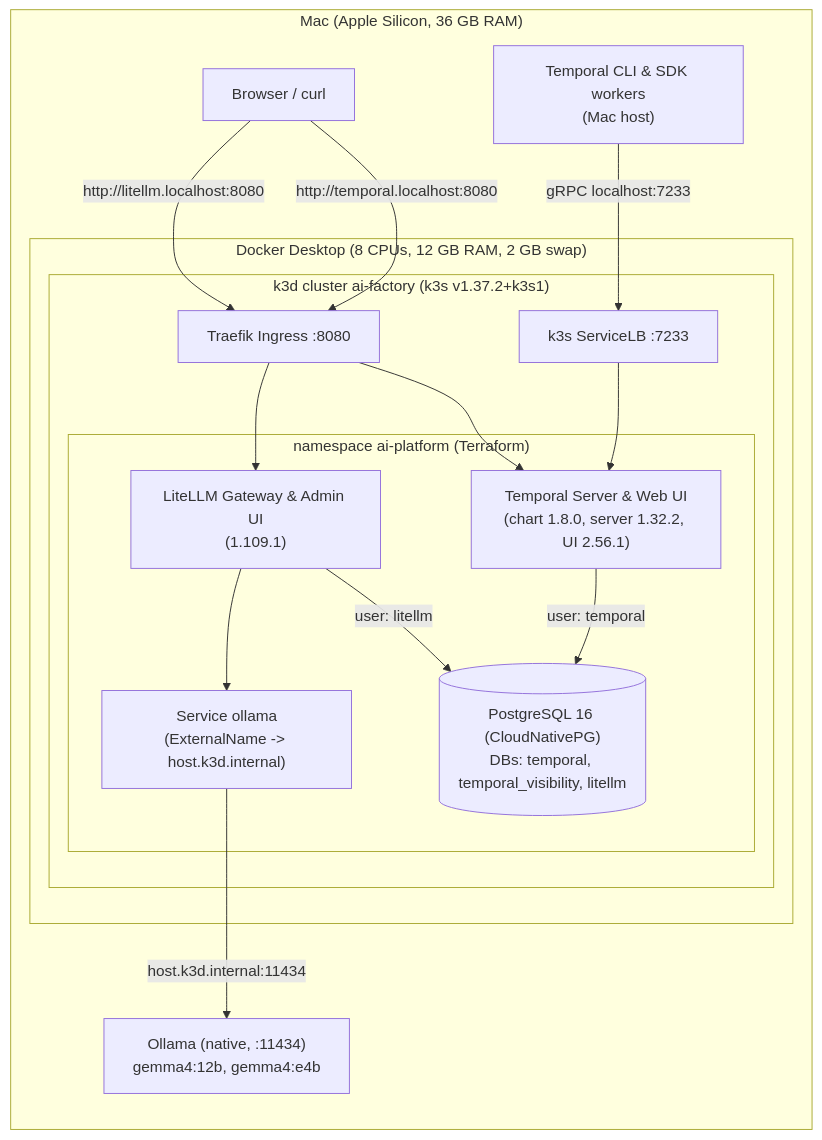
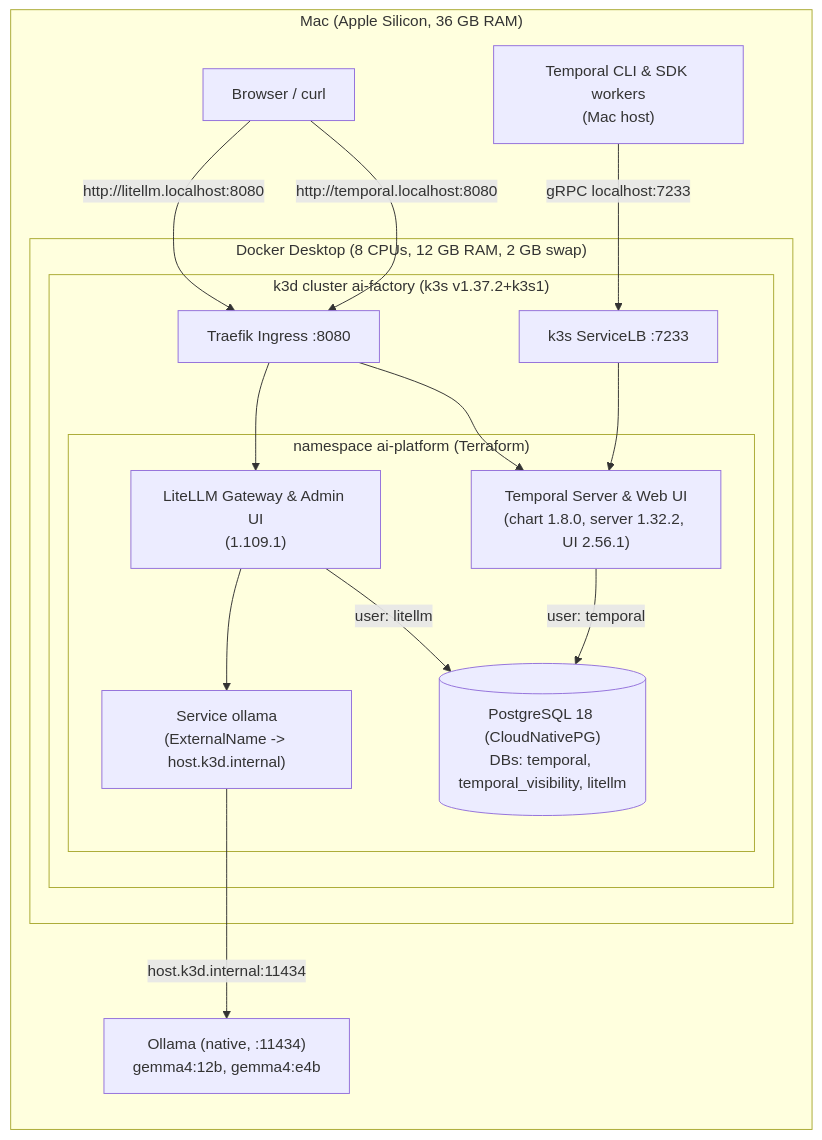
One commit to barbarosydev/ai-factory-infra changed the diagram in docs/architecture.md. Above: the diagram before and after it, drawn with Mermaid. The commit also changed other lines of this file and 8 other files, not shown here.

Commit message:
feat(postgres): upgrade PostgreSQL to 18.6 and update upgrade skill/auditor

````diff
--- a/docs/architecture.md
+++ b/docs/architecture.md
@@ -5,30 +5,30 @@
 ```mermaid
 flowchart LR
   subgraph mac["Mac (Apple Silicon, 36 GB RAM)"]
     ollama["Ollama (native, :11434)<br/>gemma4:12b, gemma4:e4b"]
     worker["Temporal CLI & SDK workers<br/>(Mac host)"]
     browser["Browser / curl"]
     subgraph docker["Docker Desktop (8 CPUs, 12 GB RAM, 2 GB swap)"]
       subgraph k3d["k3d cluster ai-factory (k3s v1.37.2+k3s1)"]
         traefik["Traefik Ingress :8080"]
         svclb["k3s ServiceLB :7233"]
         subgraph ns["namespace ai-platform (Terraform)"]
           litellm["LiteLLM Gateway & Admin UI<br/>(1.109.1)"]
           temporal["Temporal Server & Web UI<br/>(chart 1.8.0, server 1.32.2, UI 2.56.1)"]
           svc["Service ollama<br/>(ExternalName -> host.k3d.internal)"]
-          pg[("PostgreSQL 16 (CloudNativePG)<br/>DBs: temporal, temporal_visibility, litellm")]
+          pg[("PostgreSQL 18 (CloudNativePG)<br/>DBs: temporal, temporal_visibility, litellm")]
         end
       end
     end
   end
   browser -->|"http://litellm.localhost:8080"| traefik
   browser -->|"http://temporal.localhost:8080"| traefik
   traefik --> litellm
   traefik --> temporal
   worker -->|"gRPC localhost:7233"| svclb
   svclb --> temporal
   litellm --> svc
   svc -->|"host.k3d.internal:11434"| ollama
   litellm -->|"user: litellm"| pg
   temporal -->|"user: temporal"| pg
 ```
````
